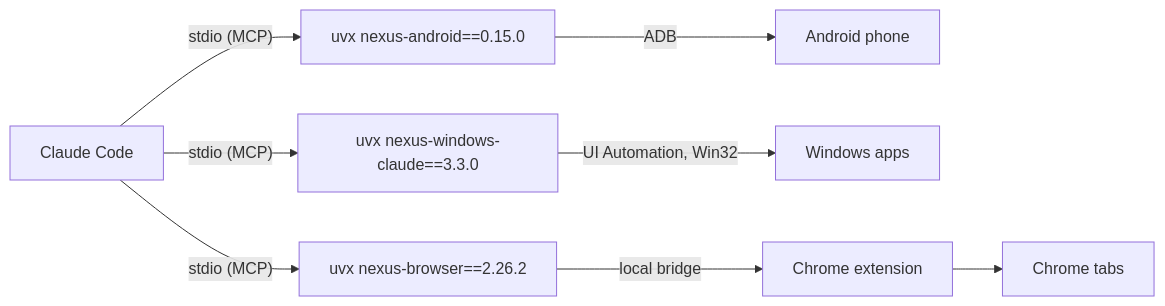
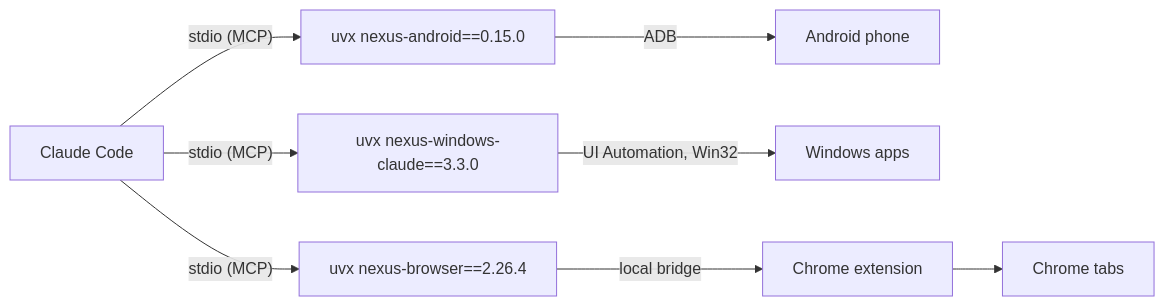
The diagram in README.md (pironjulien/NexusSystem), drawn with Mermaid before and after one commit. The commit also changed 9 other files, not shown here.

Commit message:
Update to 1.6.16: nexus-browser 2.26.4 (infinite feeds in a background tab)

````diff
--- a/README.md
+++ b/README.md
@@ -128,6 +128,6 @@
 ```mermaid
 flowchart LR
     C["Claude Code"] -- "stdio (MCP)" --> A["uvx nexus-android==0.15.0"] -- ADB --> P["Android phone"]
     C -- "stdio (MCP)" --> W["uvx nexus-windows-claude==3.3.0"] -- "UI Automation, Win32" --> D["Windows apps"]
-    C -- "stdio (MCP)" --> B["uvx nexus-browser==2.26.2"] -- "local bridge" --> E["Chrome extension"] --> T["Chrome tabs"]
+    C -- "stdio (MCP)" --> B["uvx nexus-browser==2.26.4"] -- "local bridge" --> E["Chrome extension"] --> T["Chrome tabs"]
 ```
````
